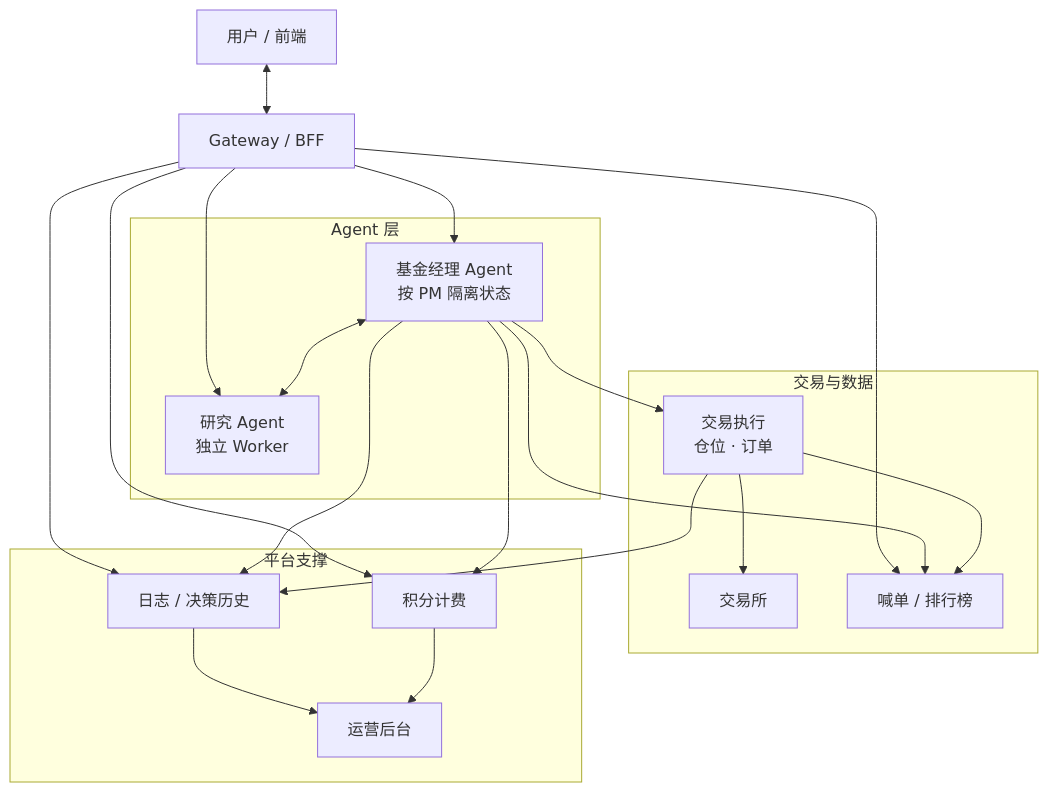
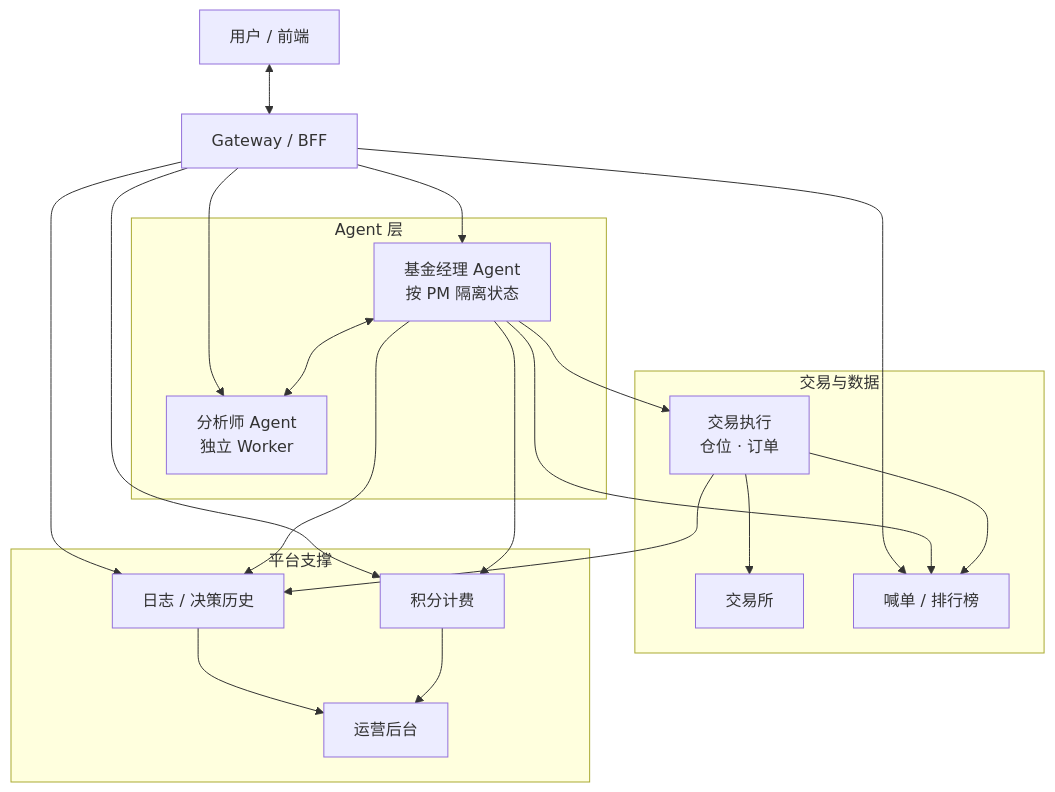
The diagram in README.md (xingyongtao/xingyongtao), drawn with Mermaid before and after one commit. The commit also changed other lines of this file and 1 other file, not shown here.

Commit message:
docs: 统一使用分析师 Agent 表述

````diff
--- a/README.md
+++ b/README.md
@@ -17,39 +17,39 @@
 ```mermaid
 flowchart TB
   U["用户 / 前端"]
   G["Gateway / BFF"]
 
   subgraph agents["Agent 层"]
     P["基金经理 Agent<br/>按 PM 隔离状态"]
-    R["研究 Agent<br/>独立 Worker"]
+    R["分析师 Agent<br/>独立 Worker"]
   end
 
   subgraph trade["交易与数据"]
     E["交易执行<br/>仓位 · 订单"]
     X["交易所"]
     D["喊单 / 排行榜"]
   end
 
   subgraph support["平台支撑"]
     L["日志 / 决策历史"]
     C["积分计费"]
     O["运营后台"]
   end
 
   U <--> G
   G --> P
   G --> R
   G --> D
   G --> L
   G --> C
   P <--> R
   P --> E
   E --> X
   P --> D
   E --> D
   P --> L
   E --> L
   P --> C
   L --> O
   C --> O
 ```
````
